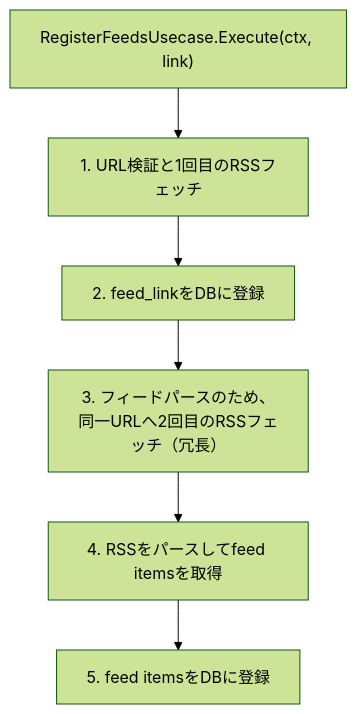
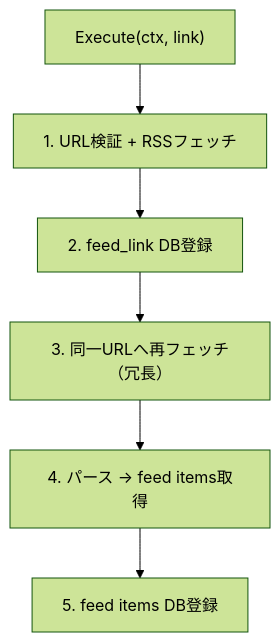
The first of 2 diagrams in articles/ad129f6fb2ed39.md (Kaikei-e/Zenn), drawn with Mermaid (forest theme) before and after one commit. The commit also changed other lines of this file, not shown here.

````diff
--- a/articles/ad129f6fb2ed39.md
+++ b/articles/ad129f6fb2ed39.md
@@ -121,10 +121,9 @@
 ```mermaid
 flowchart TD
-    U["RegisterFeedsUsecase.Execute(ctx, link)"]
-
-    U --> S1["1. URL検証と1回目のRSSフェッチ"]
-    S1 --> S2["2. feed_linkをDBに登録"]
-    S2 --> S3["3. フィードパースのため、同一URLへ2回目のRSSフェッチ（冗長）"]
-    S3 --> S4["4. RSSをパースしてfeed itemsを取得"]
-    S4 --> S5["5. feed itemsをDBに登録"]
+    U["Execute(ctx, link)"]
+    U --> S1["1. URL検証 + RSSフェッチ"]
+    S1 --> S2["2. feed_link DB登録"]
+    S2 --> S3["3. 同一URLへ再フェッチ（冗長）"]
+    S3 --> S4["4. パース → feed items取得"]
+    S4 --> S5["5. feed items DB登録"]
 ```
````
